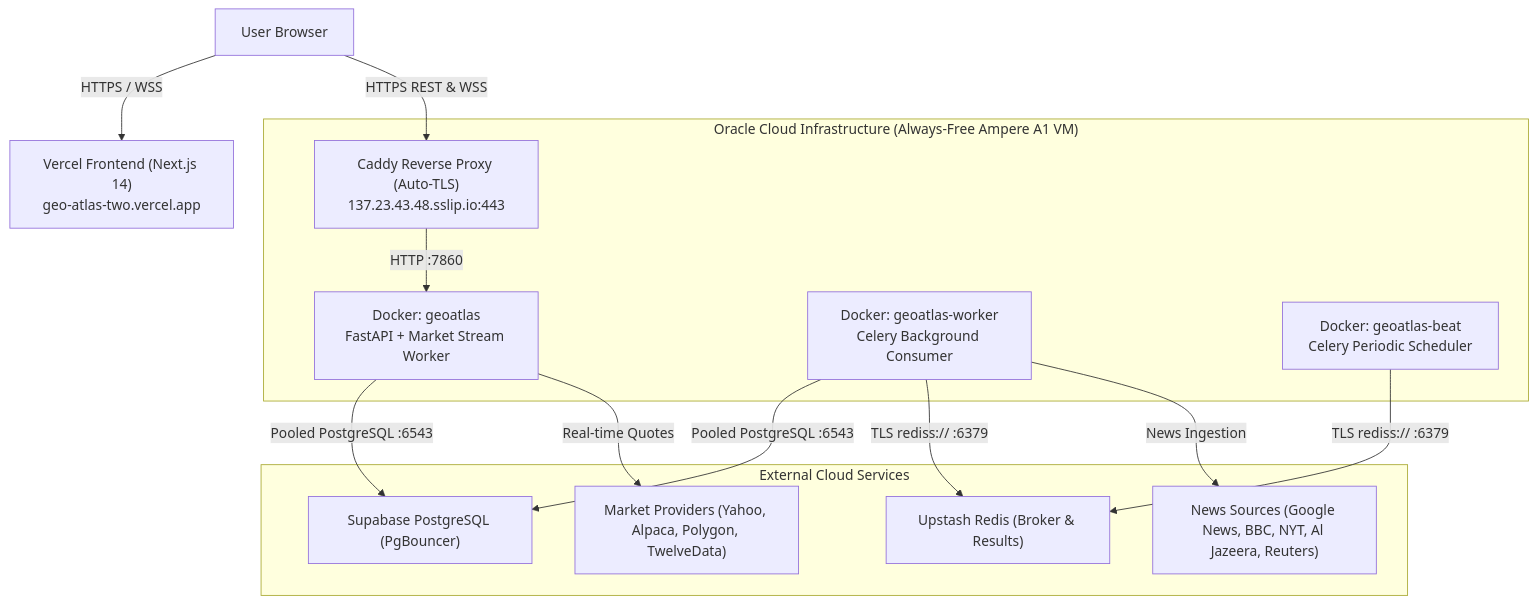
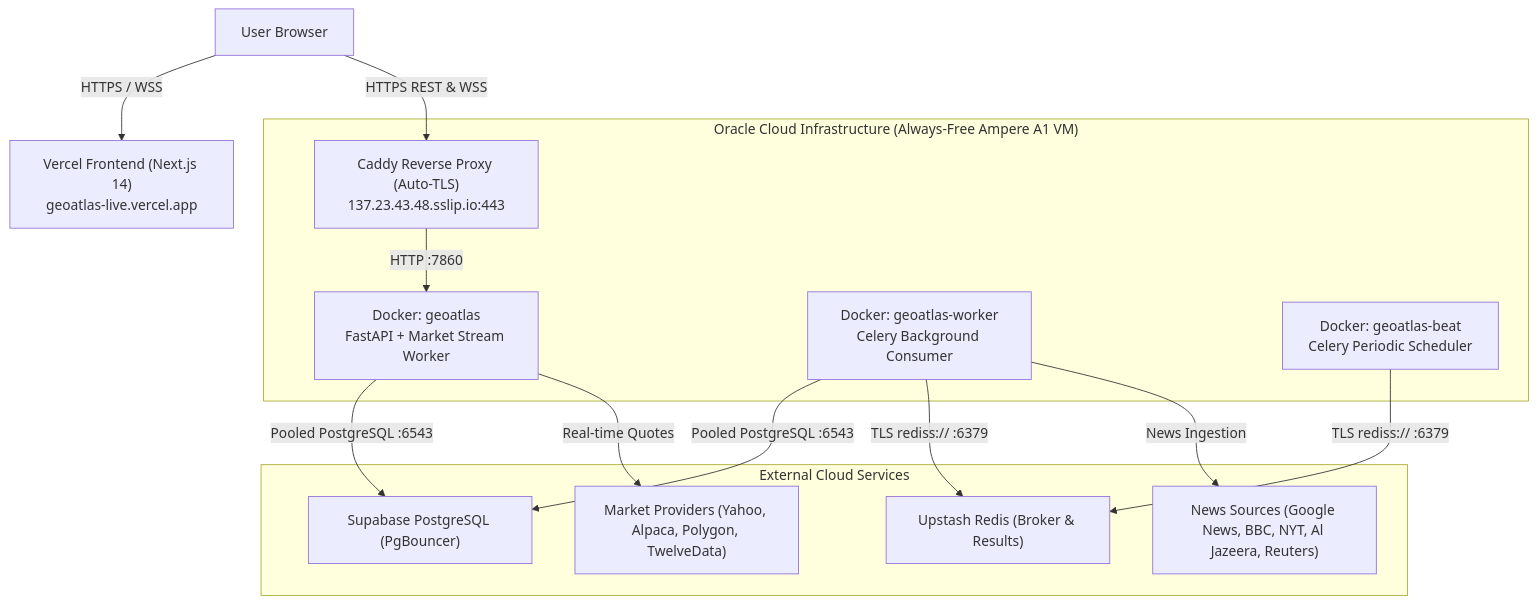
The diagram in README.md (NansKong/GeoAtlas), drawn with Mermaid before and after one commit. The commit also changed other lines of this file and 17 other files, not shown here.

````diff
--- a/README.md
+++ b/README.md
@@ -20,20 +20,20 @@
 ```mermaid
 graph TD
-    Client["User Browser"] -->|HTTPS / WSS| Vercel["Vercel Frontend (Next.js 14)<br>geo-atlas-two.vercel.app"]
+    Client["User Browser"] -->|HTTPS / WSS| Vercel["Vercel Frontend (Next.js 14)<br>geoatlas-live.vercel.app"]
     Client -->|HTTPS REST & WSS| Caddy["Caddy Reverse Proxy (Auto-TLS)<br>137.23.43.48.sslip.io:443"]
     
     subgraph "Oracle Cloud Infrastructure (Always-Free Ampere A1 VM)"
         Caddy -->|HTTP :7860| FastAPIDocker["Docker: geoatlas<br>FastAPI + Market Stream Worker"]
         CeleryWorker["Docker: geoatlas-worker<br>Celery Background Consumer"]
         CeleryBeat["Docker: geoatlas-beat<br>Celery Periodic Scheduler"]
     end
     
     subgraph "External Cloud Services"
         FastAPIDocker -->|Pooled PostgreSQL :6543| Supabase["Supabase PostgreSQL (PgBouncer)"]
         CeleryWorker -->|Pooled PostgreSQL :6543| Supabase
         CeleryWorker -->|TLS rediss:// :6379| Upstash["Upstash Redis (Broker & Results)"]
         CeleryBeat -->|TLS rediss:// :6379| Upstash
         FastAPIDocker -->|Real-time Quotes| MarketAPIs["Market Providers (Yahoo, Alpaca, Polygon, TwelveData)"]
         CeleryWorker -->|News Ingestion| NewsAPIs["News Sources (Google News, BBC, NYT, Al Jazeera, Reuters)"]
     end
 ```
````
